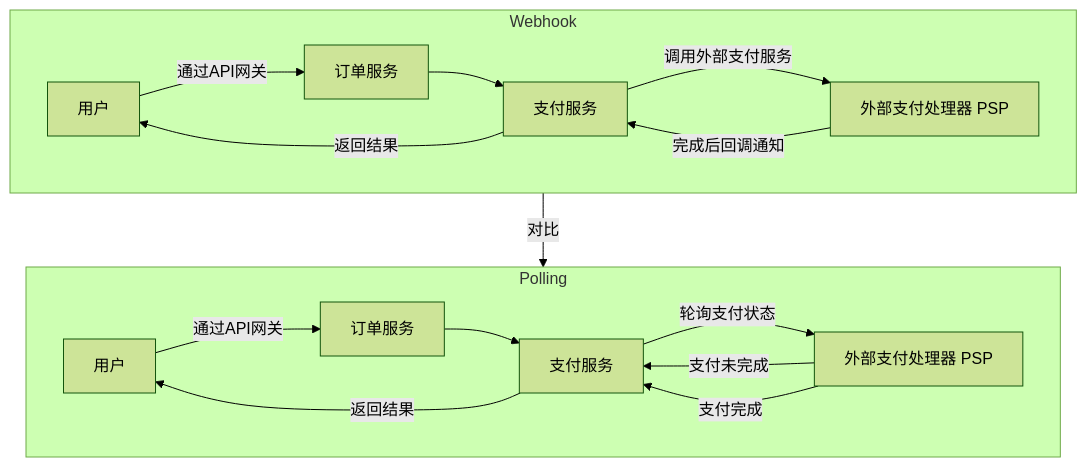
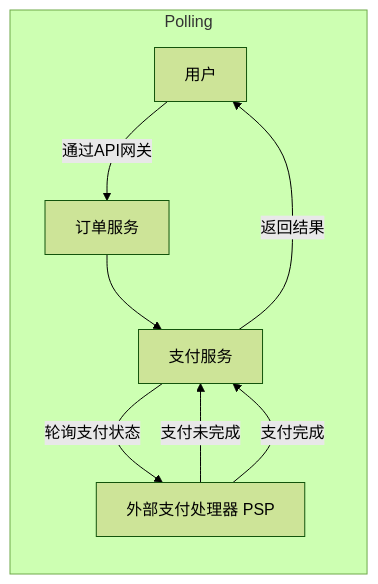
The second of 2 diagrams in System Design/Polling vs Webhook.md (uwspstar/20-Day-Challenge-List), drawn with Mermaid (forest theme) before and after one commit.

Commit message:
Update Polling vs Webhook.md

````diff
--- a/System Design/Polling vs Webhook.md
+++ b/System Design/Polling vs Webhook.md
@@ -8,21 +18,11 @@
 ```mermaid
-graph TD
-    subgraph Webhook
-        A1[用户] -->|通过API网关| A2[订单服务]
-        A2 --> A3[支付服务]
-        A3 -->|调用外部支付服务| A4[外部支付处理器 PSP]
-        A4 -->|完成后回调通知| A3
-        A3 -->|返回结果| A1
-    end
-    
+graph LR
     subgraph Polling
         B1[用户] -->|通过API网关| B2[订单服务]
         B2 --> B3[支付服务]
         B3 -->|轮询支付状态| B4[外部支付处理器 PSP]
         B4 -->|支付未完成| B3
         B4 -->|支付完成| B3
         B3 -->|返回结果| B1
     end
-
-    Webhook -->|对比| Polling
 ```
````
